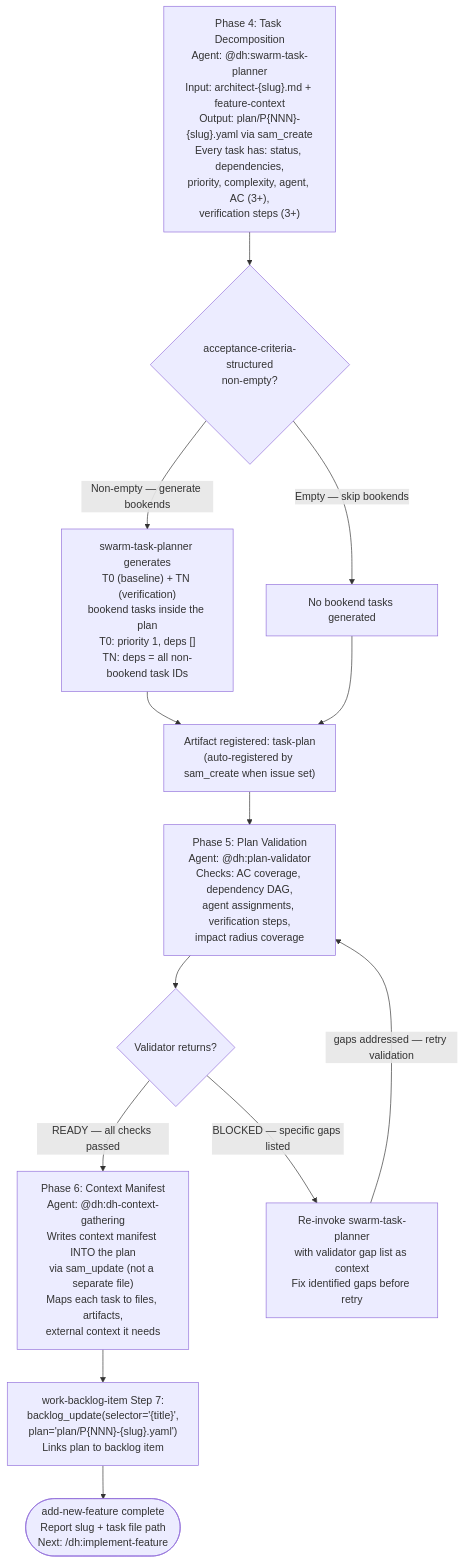
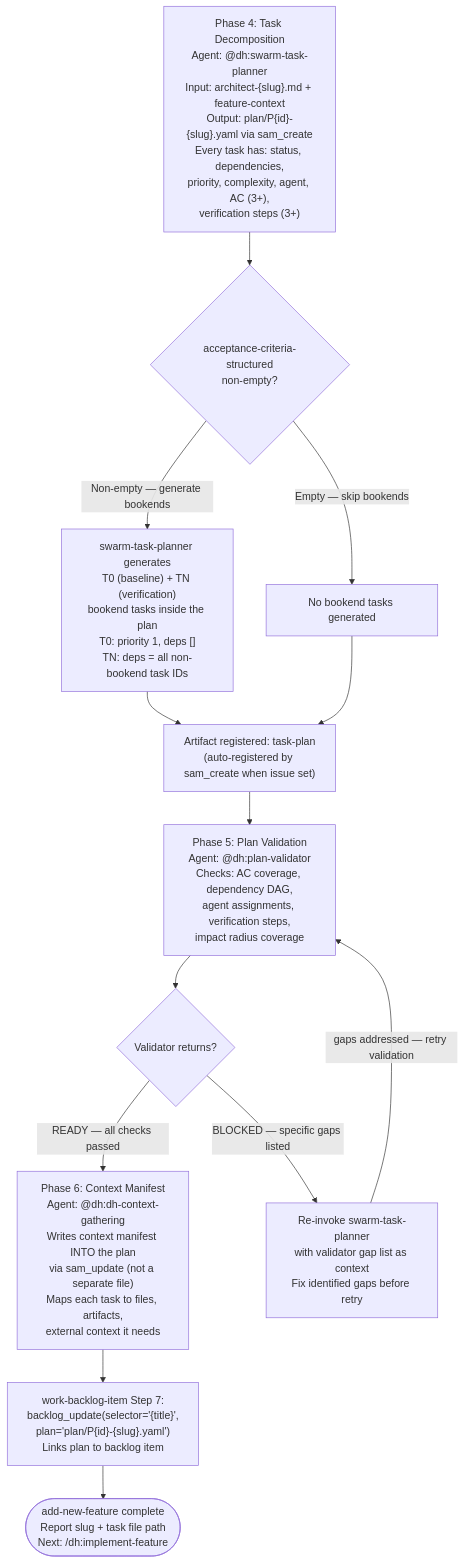
One commit to chgreer1070/claude_skills changed the fifth of 8 diagrams in plugins/development-harness/docs/backlog-item-lifecycle.md. Above: the diagram before and after it, drawn with Mermaid. The commit also changed other lines of this file and 47 other files, not shown here.

First line of the commit message:
Fix development-harness plugin: typed dispatch input, UUID plan IDs, and path leak removal (#1725)

````diff
--- a/plugins/development-harness/docs/backlog-item-lifecycle.md
+++ b/plugins/development-harness/docs/backlog-item-lifecycle.md
@@ -370,24 +370,24 @@
 ```mermaid
 flowchart TD
-    P4_DECOMPOSE["Phase 4: Task Decomposition<br>Agent: @dh:swarm-task-planner<br>Input: architect-{slug}.md + feature-context<br>Output: plan/P{NNN}-{slug}.yaml via sam_create<br>Every task has: status, dependencies,<br>priority, complexity, agent, AC (3+),<br>verification steps (3+)"]
+    P4_DECOMPOSE["Phase 4: Task Decomposition<br>Agent: @dh:swarm-task-planner<br>Input: architect-{slug}.md + feature-context<br>Output: plan/P{id}-{slug}.yaml via sam_create<br>Every task has: status, dependencies,<br>priority, complexity, agent, AC (3+),<br>verification steps (3+)"]
 
     P4_DECOMPOSE --> P4_BOOKEND{"acceptance-criteria-structured<br>non-empty?"}
     P4_BOOKEND -->|"Non-empty — generate bookends"| P4_BOOKEND_GEN["swarm-task-planner generates<br>T0 (baseline) + TN (verification)<br>bookend tasks inside the plan<br>T0: priority 1, deps []<br>TN: deps = all non-bookend task IDs"]
     P4_BOOKEND -->|"Empty — skip bookends"| P4_NO_BOOKEND["No bookend tasks generated"]
     P4_BOOKEND_GEN --> P4_REGISTER
     P4_NO_BOOKEND --> P4_REGISTER
 
     P4_REGISTER["Artifact registered: task-plan<br>(auto-registered by sam_create when issue set)"]
     P4_REGISTER --> P4_VALIDATE
 
     P4_VALIDATE["Phase 5: Plan Validation<br>Agent: @dh:plan-validator<br>Checks: AC coverage, dependency DAG,<br>agent assignments, verification steps,<br>impact radius coverage"]
     P4_VALIDATE --> P4_VAL_RESULT{Validator returns?}
     P4_VAL_RESULT -->|"READY — all checks passed"| P4_CONTEXT
     P4_VAL_RESULT -->|"BLOCKED — specific gaps listed"| P4_FIX["Re-invoke swarm-task-planner<br>with validator gap list as context<br>Fix identified gaps before retry"]
     P4_FIX -->|"gaps addressed — retry validation"| P4_VALIDATE
 
     P4_CONTEXT["Phase 6: Context Manifest<br>Agent: @dh:dh-context-gathering<br>Writes context manifest INTO the plan<br>via sam_update (not a separate file)<br>Maps each task to files, artifacts,<br>external context it needs"]
 
-    P4_CONTEXT --> P4_LINK["work-backlog-item Step 7:<br>backlog_update(selector='{title}',<br>plan='plan/P{NNN}-{slug}.yaml')<br>Links plan to backlog item"]
+    P4_CONTEXT --> P4_LINK["work-backlog-item Step 7:<br>backlog_update(selector='{title}',<br>plan='plan/P{id}-{slug}.yaml')<br>Links plan to backlog item"]
     P4_LINK --> P4_DONE(["add-new-feature complete<br>Report slug + task file path<br>Next: /dh:implement-feature"])
 ```
````
